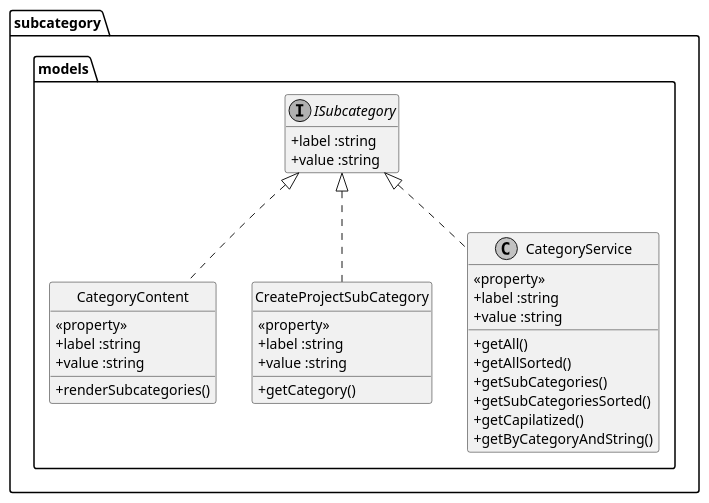
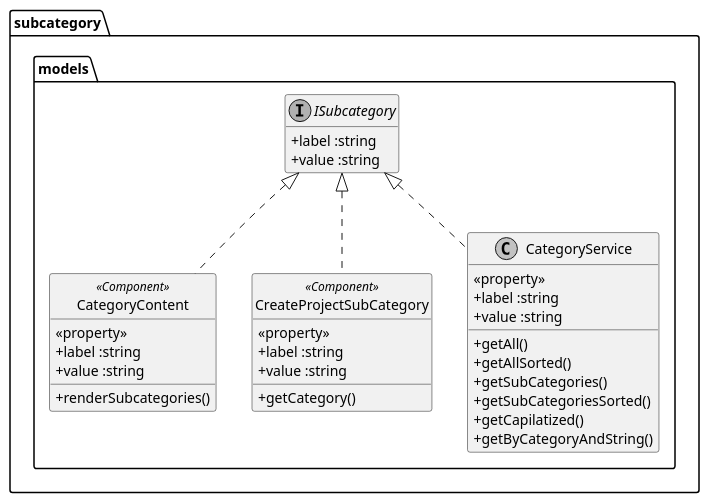
One commit to converge-app/software-design changed the diagram in diagrams/src/software-design/class-model-diagrams/subcategory.models.pu. Above: the diagram before and after it, drawn with PlantUML. The commit also changed 18 other files, not shown here.

Commit message:
added service diagrams

```diff
--- a/diagrams/src/software-design/class-model-diagrams/subcategory.models.pu
+++ b/diagrams/src/software-design/class-model-diagrams/subcategory.models.pu
@@ -1,54 +1,54 @@
 @startuml
 
  skinparam monochrome true
  skinparam classAttributeIconSize 0
  top to bottom direction
 package "subcategory.models"{
   
   interface "ISubcategory" {
     + label :string
     + value :string
     
   }
   hide ISubcategory  methods
 
   
 
-class "CategoryContent" {
+class "CategoryContent" <<Component>>{
   + renderSubcategories()
   <<property>>
     + label :string
     + value :string
 }
 hide CategoryContent circle
 
 
-class "CreateProjectSubCategory" {
+class "CreateProjectSubCategory" <<Component>>{
   + getCategory()
   <<property>>
     + label :string
     + value :string
 }
 hide CreateProjectSubCategory circle
   
   
 class "CategoryService" {
   + getAll()
   + getAllSorted()
   + getSubCategories()
   + getSubCategoriesSorted()
   + getCapilatized()
   + getByCategoryAndString()
   <<property>>
     + label :string
     + value :string
 }
 
   ISubcategory <|.. CategoryContent
   ISubcategory <|.. CreateProjectSubCategory 
   ISubcategory <|.. CategoryService
   
 }
 
 
 @enduml
```
